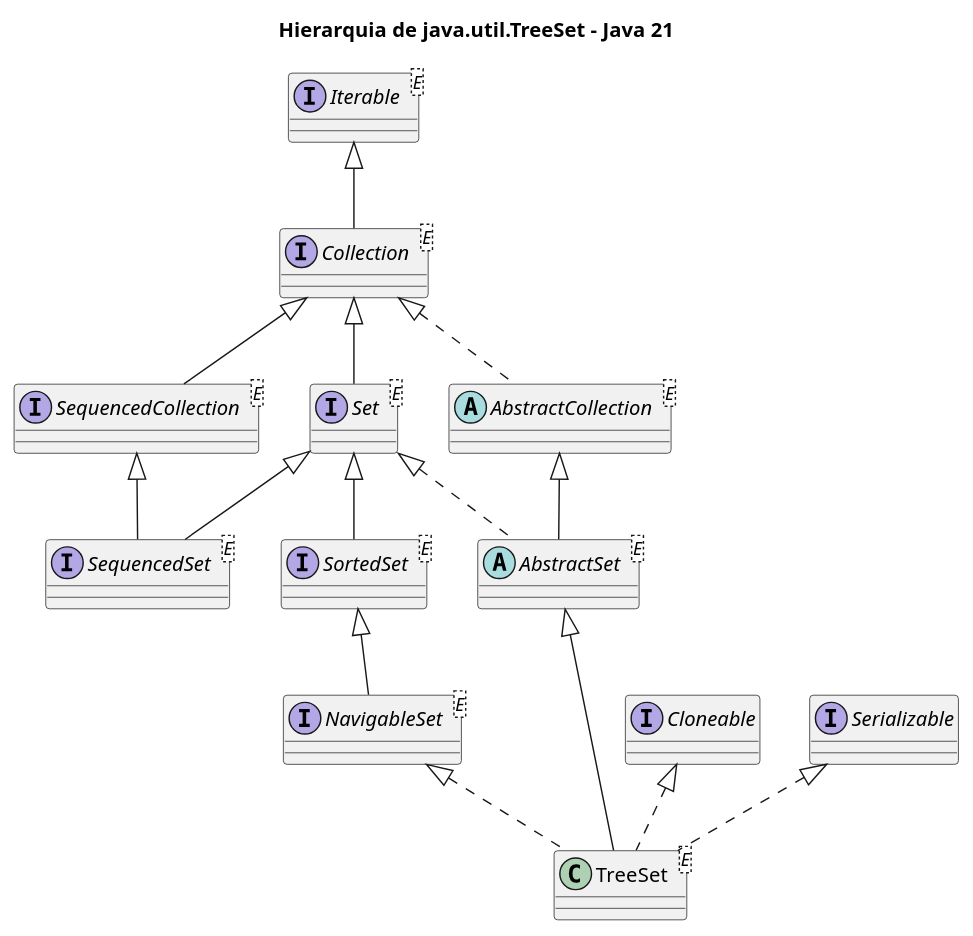
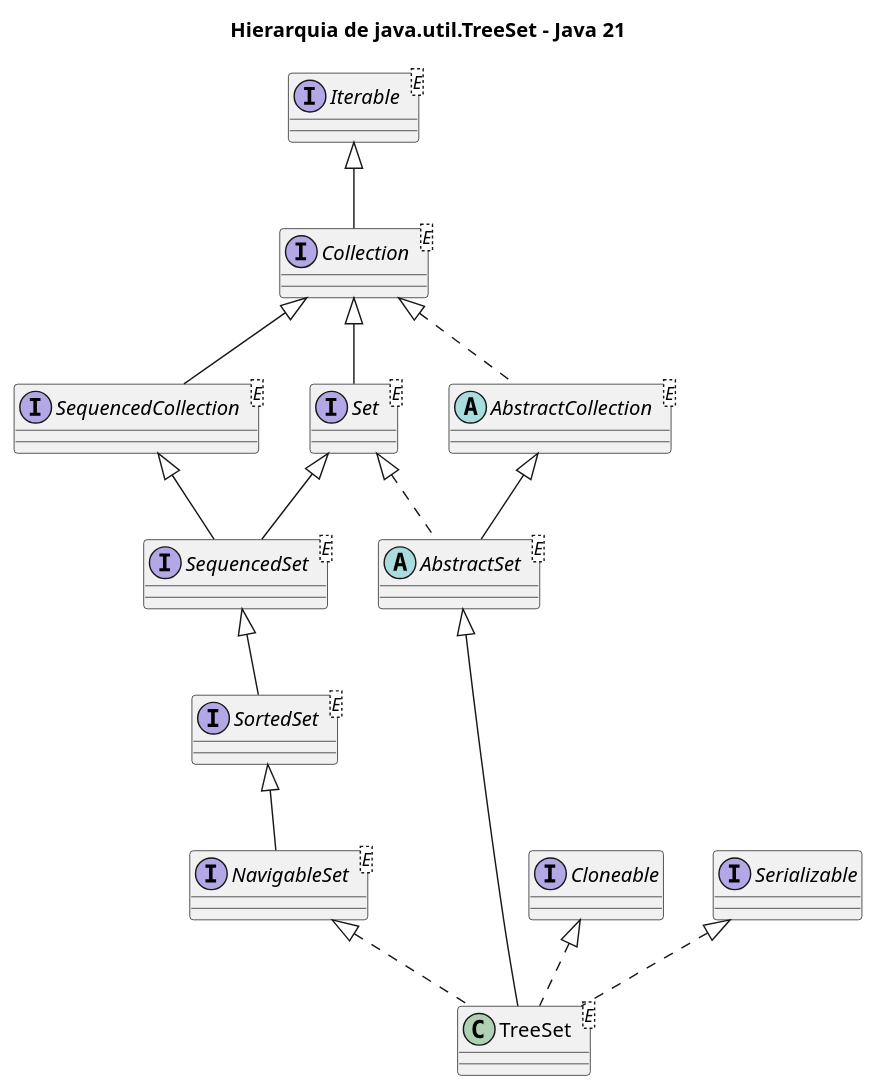
Before and after one commit to fabriciosantana/idp-marp-slides: the diagram in subjects/poo/code/11-treeset-hierarchy.puml, drawn with PlantUML. The commit also changed 12 other files, not shown here.

```diff
--- a/subjects/poo/code/11-treeset-hierarchy.puml
+++ b/subjects/poo/code/11-treeset-hierarchy.puml
@@ -1,37 +1,37 @@
 @startuml
 title Hierarquia de java.util.TreeSet - Java 21
 
 skinparam classAttributeIconSize 0
 
 interface Iterable<E>
 interface Collection<E>
 interface SequencedCollection<E>
 interface Set<E>
 interface SequencedSet<E>
 interface SortedSet<E>
 interface NavigableSet<E>
 interface Cloneable
 interface Serializable
 
 abstract class AbstractCollection<E>
 abstract class AbstractSet<E>
 class TreeSet<E>
 
 Iterable <|-- Collection
 Collection <|-- SequencedCollection
 Collection <|-- Set
 SequencedCollection <|-- SequencedSet
 Set <|-- SequencedSet
-Set <|-- SortedSet
+SequencedSet <|-- SortedSet
 SortedSet <|-- NavigableSet
 
 Collection <|.. AbstractCollection
 AbstractCollection <|-- AbstractSet
 Set <|.. AbstractSet
 
 AbstractSet <|-- TreeSet
 NavigableSet <|.. TreeSet
 Cloneable <|.. TreeSet
 Serializable <|.. TreeSet
 
 @enduml
```
